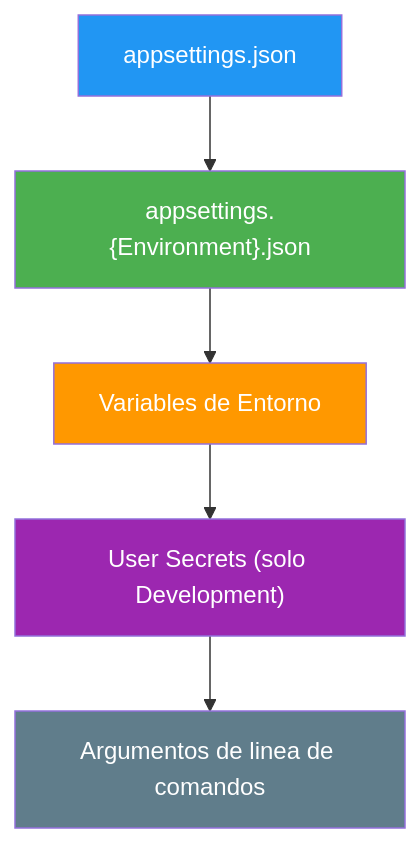
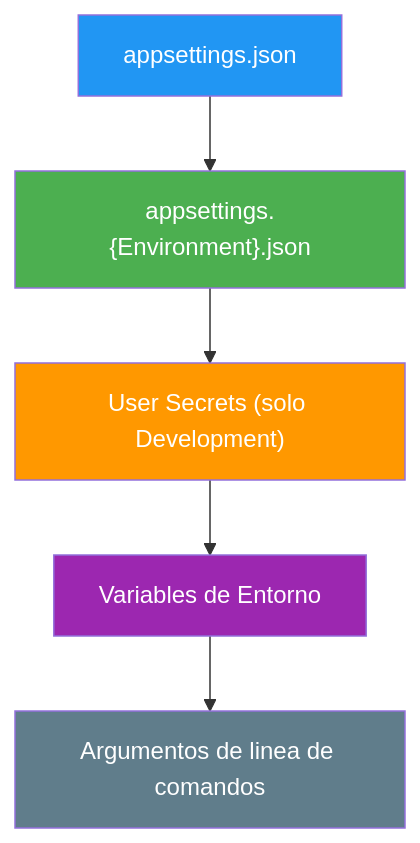
Before and after one commit to joseluisgs/DesarrolloWebEntornosServidor-02-2026-2027: the second of 2 diagrams in 25-perfiles.md, drawn with Mermaid. The commit also changed other lines of this file and 33 other files, not shown here.

````diff
--- a/25-perfiles.md
+++ b/25-perfiles.md
@@ -88,13 +89,13 @@
 ```mermaid
 flowchart TD
     A["appsettings.json"] --> B["appsettings.{Environment}.json"]
-    B --> C["Variables de Entorno"]
-    C --> D["User Secrets (solo Development)"]
+    B --> C["User Secrets (solo Development)"]
+    C --> D["Variables de Entorno"]
     D --> E["Argumentos de linea de comandos"]
 
     style A fill:#2196F3,color:#fff
     style B fill:#4CAF50,color:#fff
     style C fill:#FF9800,color:#fff
     style D fill:#9C27B0,color:#fff
     style E fill:#607D8B,color:#fff
 ```
````
